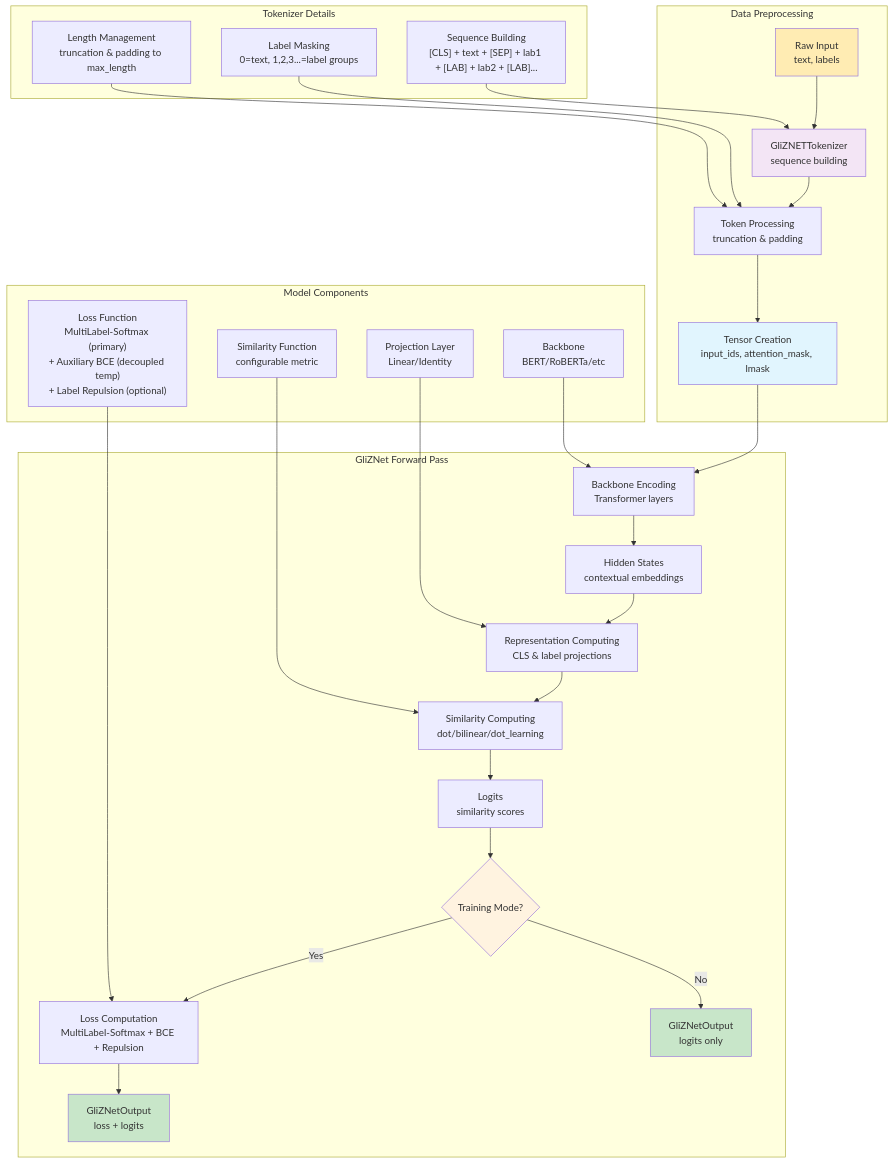
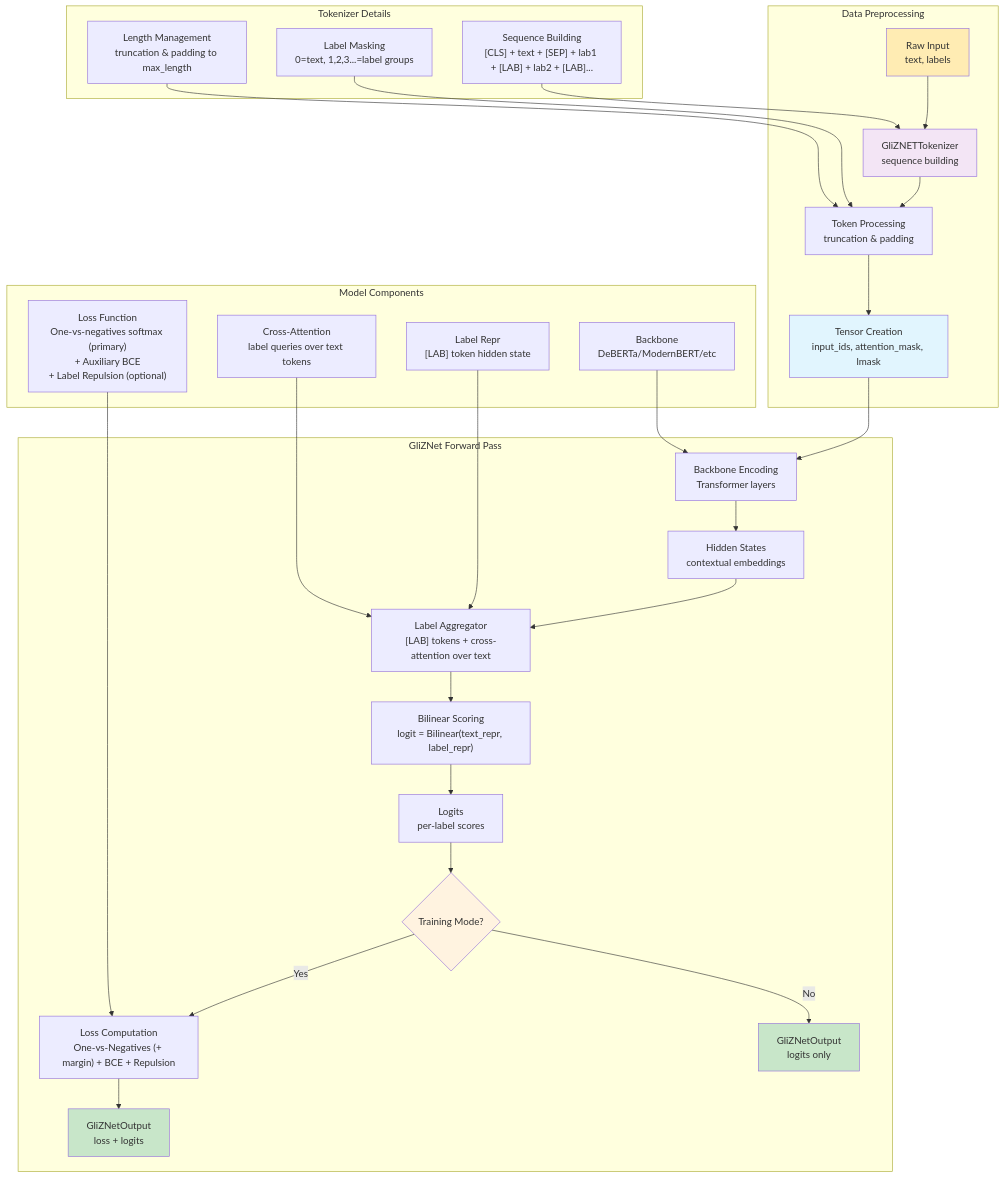
Before and after one commit to KameniAlexNea/zero-shot-classification: the diagram in reports/forward_pass.md, drawn with Mermaid. The commit also changed 4 other files, not shown here.

Commit message:
refactor: update model checkpoint and improve documentation on loss functions and architecture

````diff
--- a/reports/forward_pass.md
+++ b/reports/forward_pass.md
@@ -2,40 +2,40 @@
 ```mermaid
 graph TD
     subgraph "Data Preprocessing"
         A["Raw Input<br/>text, labels"] --> B["GliZNETTokenizer<br/>sequence building"];
         B --> C["Token Processing<br/>truncation & padding"];
         C --> D["Tensor Creation<br/>input_ids, attention_mask, lmask"];
     end
 
     subgraph "GliZNet Forward Pass"
         D --> E["Backbone Encoding<br/>Transformer layers"];
         E --> F["Hidden States<br/>contextual embeddings"];
-        F --> G["Representation Computing<br/>CLS & label projections"];
-        G --> H["Similarity Computing<br/>dot/bilinear/dot_learning"];
-        H --> I["Logits<br/>similarity scores"];
+        F --> G["Label Aggregator<br/>[LAB] tokens + cross-attention over text"];
+        G --> H["Bilinear Scoring<br/>logit = Bilinear(text_repr, label_repr)"];
+        H --> I["Logits<br/>per-label scores"];
         I --> J{"Training Mode?"};
-        J -->|Yes| K["Loss Computation<br/>MultiLabel-Softmax + BCE + Repulsion"];
+        J -->|Yes| K["Loss Computation<br/>One-vs-Negatives (+ margin) + BCE + Repulsion"];
         J -->|No| L["GliZNetOutput<br/>logits only"];
         K --> M["GliZNetOutput<br/>loss + logits"];
     end
 
     subgraph "Tokenizer Details"
         N["Sequence Building<br/>[CLS] + text + [SEP] + lab1 + [LAB] + lab2 + [LAB]..."] --> B;
         O["Label Masking<br/>0=text, 1,2,3...=label groups"] --> C;
         P["Length Management<br/>truncation & padding to max_length"] --> C;
     end
 
     subgraph "Model Components"
-        Q["Backbone<br/>BERT/RoBERTa/etc"] --> E;
-        R["Projection Layer<br/>Linear/Identity"] --> G;
-        S["Similarity Function<br/>configurable metric"] --> H;
-        T["Loss Function<br/>MultiLabel-Softmax (primary)<br/>+ Auxiliary BCE (decoupled temp)<br/>+ Label Repulsion (optional)"] --> K;
+        Q["Backbone<br/>DeBERTa/ModernBERT/etc"] --> E;
+        R["Label Repr<br/>[LAB] token hidden state"] --> G;
+        S["Cross-Attention<br/>label queries over text tokens"] --> G;
+        T["Loss Function<br/>One-vs-negatives softmax (primary)<br/>+ Auxiliary BCE<br/>+ Label Repulsion (optional)"] --> K;
     end
 
     style A fill:#ffecb3
     style D fill:#e1f5fe
     style M fill:#c8e6c9
     style L fill:#c8e6c9
     style J fill:#fff3e0
     style B fill:#f3e5f5
 ```
````
